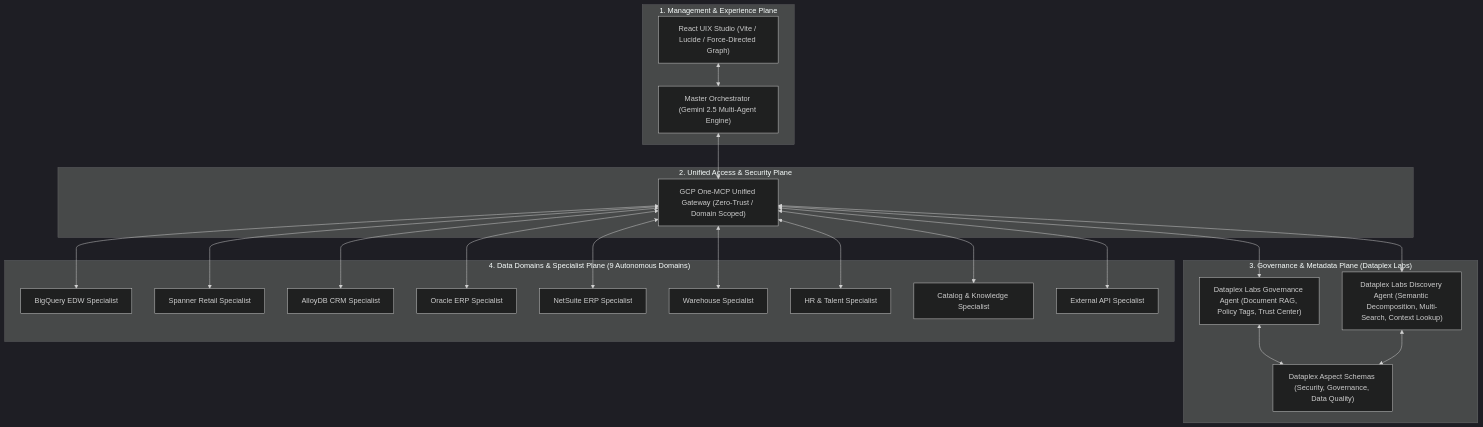
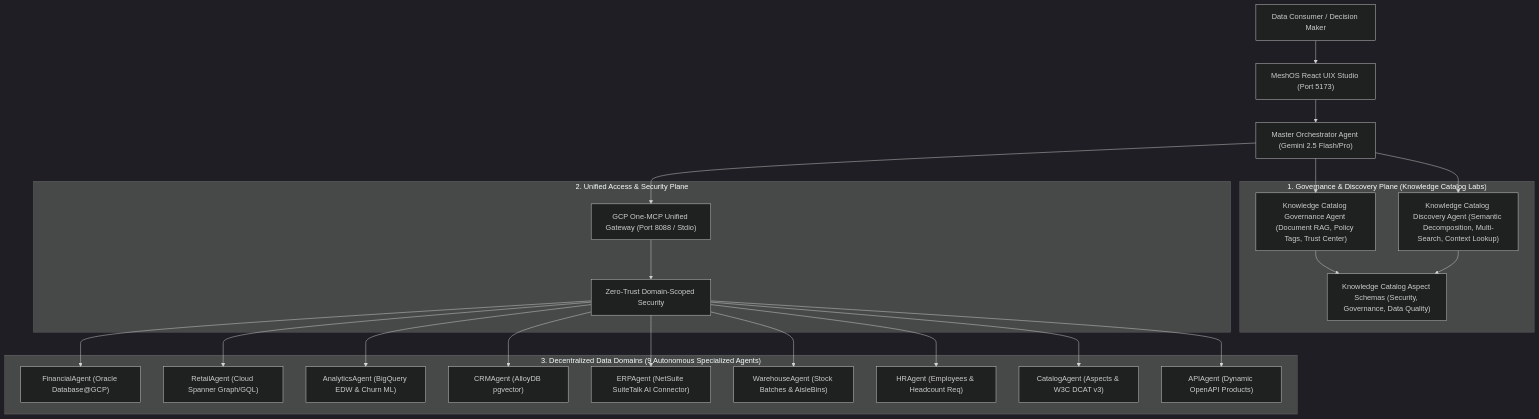
Before and after one commit to dumians/Gemini_CLI_MCP_AntiG: the diagram in README.md, drawn with Mermaid (dark theme). The commit also changed other lines of this file and 21 other files, not shown here.

Commit message:
refactor(catalog): rename Dataplex to Knowledge Catalog across UIX, MCP gateway, and documentation

````diff
--- a/README.md
+++ b/README.md
@@ -20,36 +23,44 @@
 ```mermaid
 graph TD
-    subgraph "1. Management & Experience Plane"
-        UI["React UIX Studio (Vite / Lucide / Force-Directed Graph)"]
-        Orch["Master Orchestrator (Gemini 2.5 Multi-Agent Engine)"]
+    User["Data Consumer / Decision Maker"] --> Studio["MeshOS React UIX Studio (Port 5173)"]
+    Studio --> MasterOrch["Master Orchestrator Agent (Gemini 2.5 Flash/Pro)"]
+    
+    subgraph "1. Governance & Discovery Plane (Knowledge Catalog Labs)"
+        GovAgent["Knowledge Catalog Governance Agent (Document RAG, Policy Tags, Trust Center)"]
+        DiscAgent["Knowledge Catalog Discovery Agent (Semantic Decomposition, Multi-Search, Context Lookup)"]
+        Aspects["Knowledge Catalog Aspect Schemas (Security, Governance, Data Quality)"]
+    end
+    
+    subgraph "2. Unified Access & Security Plane"
+        OneMCP["GCP One-MCP Unified Gateway (Port 8088 / Stdio)"]
+        RBAC["Zero-Trust Domain-Scoped Security"]
     end
 
-    subgraph "2. Unified Access & Security Plane"
-        OneMCP["GCP One-MCP Unified Gateway (Zero-Trust / Domain Scoped)"]
+    subgraph "3. Decentralized Data Domains (9 Autonomous Specialized Agents)"
+        OracleAgent["FinancialAgent (Oracle Database@GCP)"]
+        SpannerAgent["RetailAgent (Cloud Spanner Graph/GQL)"]
+        BQAgent["AnalyticsAgent (BigQuery EDW & Churn ML)"]
+        AlloyAgent["CRMAgent (AlloyDB pgvector)"]
+        NetSuiteAgent["ERPAgent (NetSuite SuiteTalk AI Connector)"]
+        WarehouseAgent["WarehouseAgent (Stock Batches & AisleBins)"]
+        HRAgent["HRAgent (Employees & Headcount Req)"]
+        CatalogAgent["CatalogAgent (Aspects & W3C DCAT v3)"]
+        APIAgent["APIAgent (Dynamic OpenAPI Products)"]
     end
 
-    subgraph "3. Governance & Metadata Plane (Dataplex Labs)"
-        GovAgent["Dataplex Labs Governance Agent (Document RAG, Policy Tags, Trust Center)"]
-        DiscAgent["Dataplex Labs Discovery Agent (Semantic Decomposition, Multi-Search, Context Lookup)"]
-        Aspects["Dataplex Aspect Schemas (Security, Governance, Data Quality)"]
-    end
-
-    subgraph "4. Data Domains & Specialist Plane (9 Autonomous Domains)"
-        D1["BigQuery EDW Specialist"]
-        D2["Spanner Retail Specialist"]
-        D3["AlloyDB CRM Specialist"]
-        D4["Oracle ERP Specialist"]
-        D5["NetSuite ERP Specialist"]
-        D6["Warehouse Specialist"]
-        D7["HR & Talent Specialist"]
-        D8["Catalog & Knowledge Specialist"]
-        D9["External API Specialist"]
-    end
-
-    UI <--> Orch
-    Orch <--> OneMCP
-    OneMCP <--> GovAgent
-    OneMCP <--> DiscAgent
-    OneMCP <--> D1 & D2 & D3 & D4 & D5 & D6 & D7 & D8 & D9
-    GovAgent & DiscAgent <--> Aspects
+    MasterOrch --> GovAgent
+    MasterOrch --> DiscAgent
+    MasterOrch --> OneMCP
+    GovAgent --> Aspects
+    DiscAgent --> Aspects
+    OneMCP --> RBAC
+    RBAC --> OracleAgent
+    RBAC --> SpannerAgent
+    RBAC --> BQAgent
+    RBAC --> AlloyAgent
+    RBAC --> NetSuiteAgent
+    RBAC --> WarehouseAgent
+    RBAC --> HRAgent
+    RBAC --> CatalogAgent
+    RBAC --> APIAgent
 ```
````
